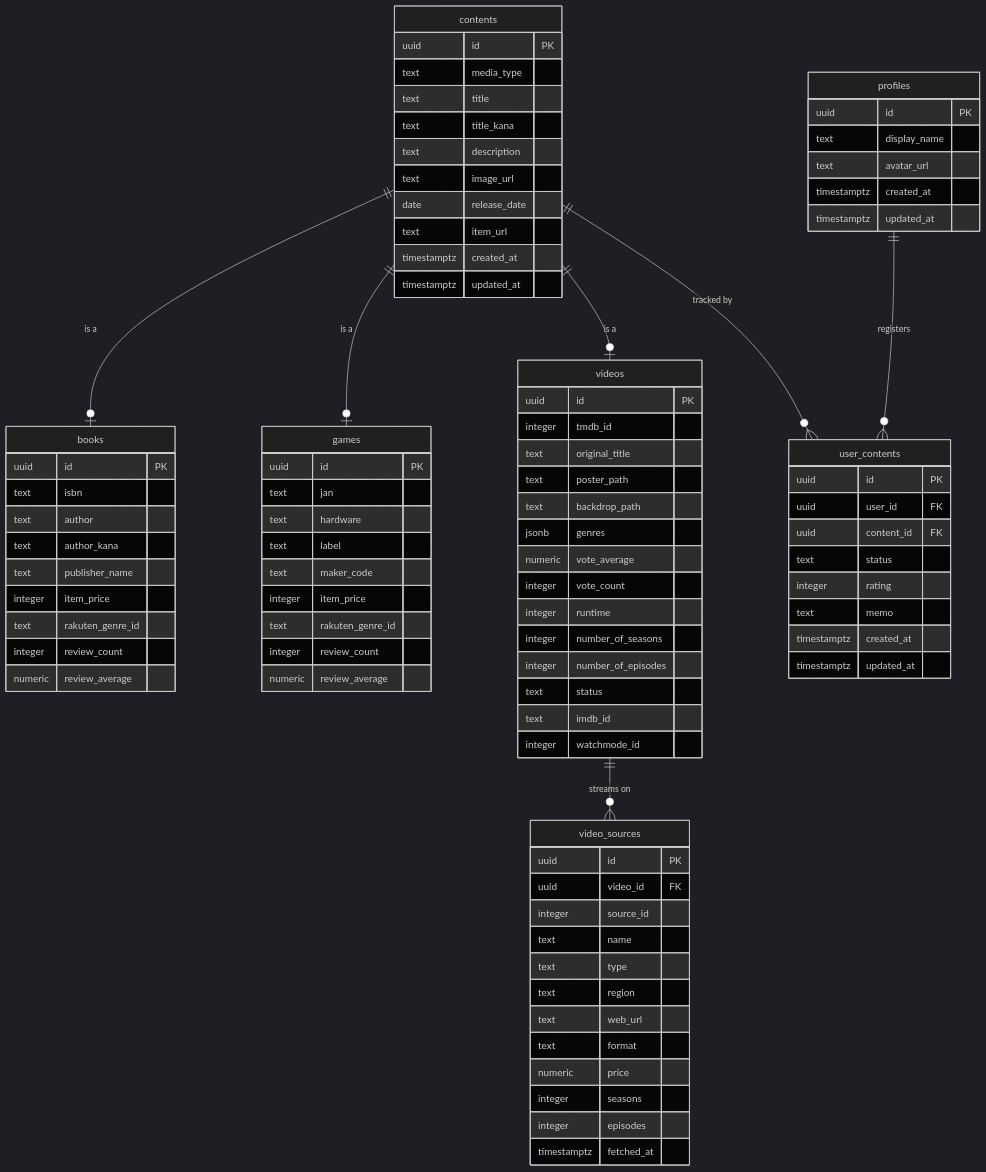
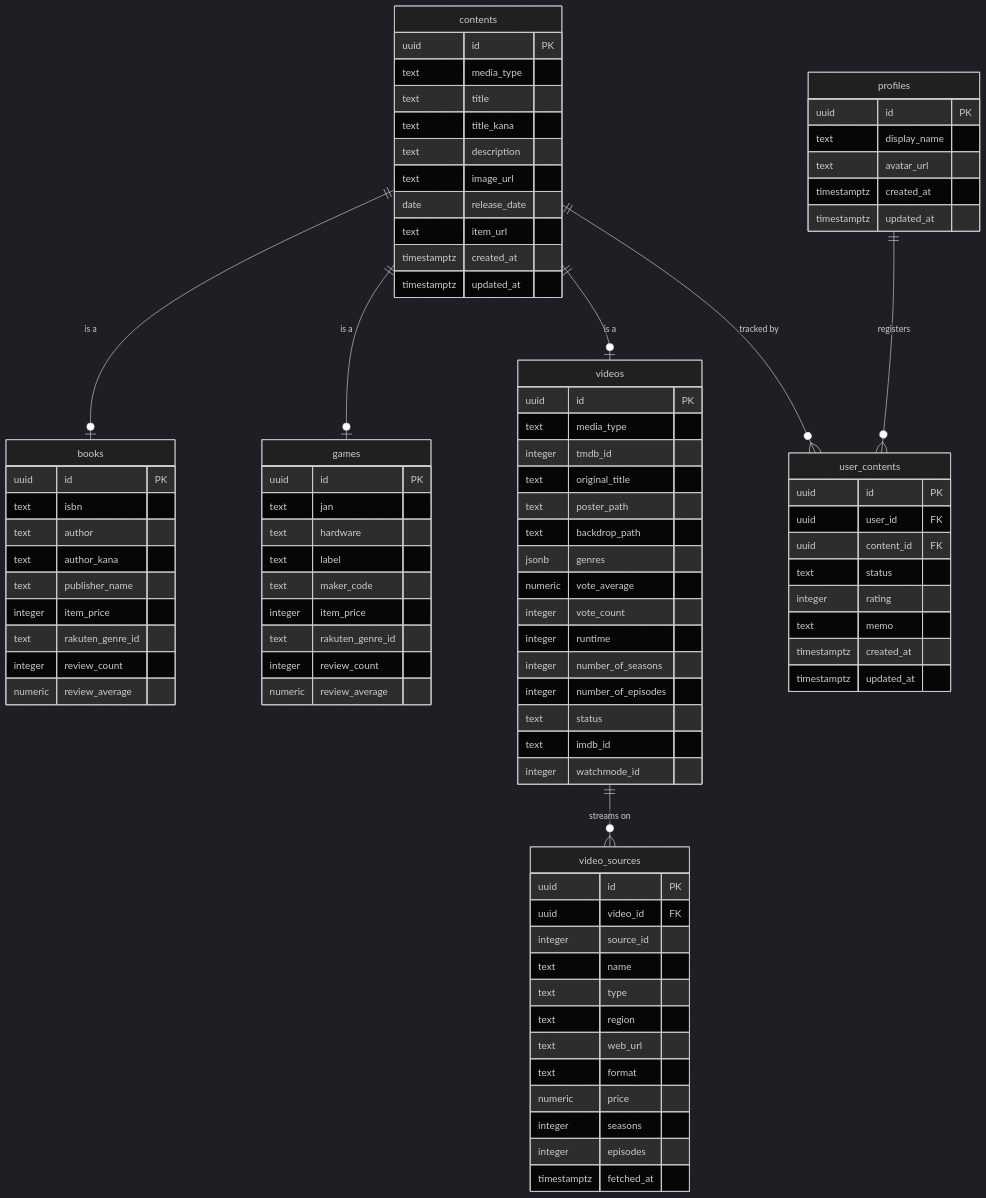
Before and after one commit to coffisomaeda/contents-hub: the diagram in docs/ER.md, drawn with Mermaid (dark theme).

Commit message:
Add missing media_type column to videos entity in ER diagram

```diff
--- a/docs/ER.md
+++ b/docs/ER.md
@@ -69,6 +69,7 @@
 
     videos {
         uuid id PK
+        text media_type
         integer tmdb_id
         text original_title
         text poster_path
```
